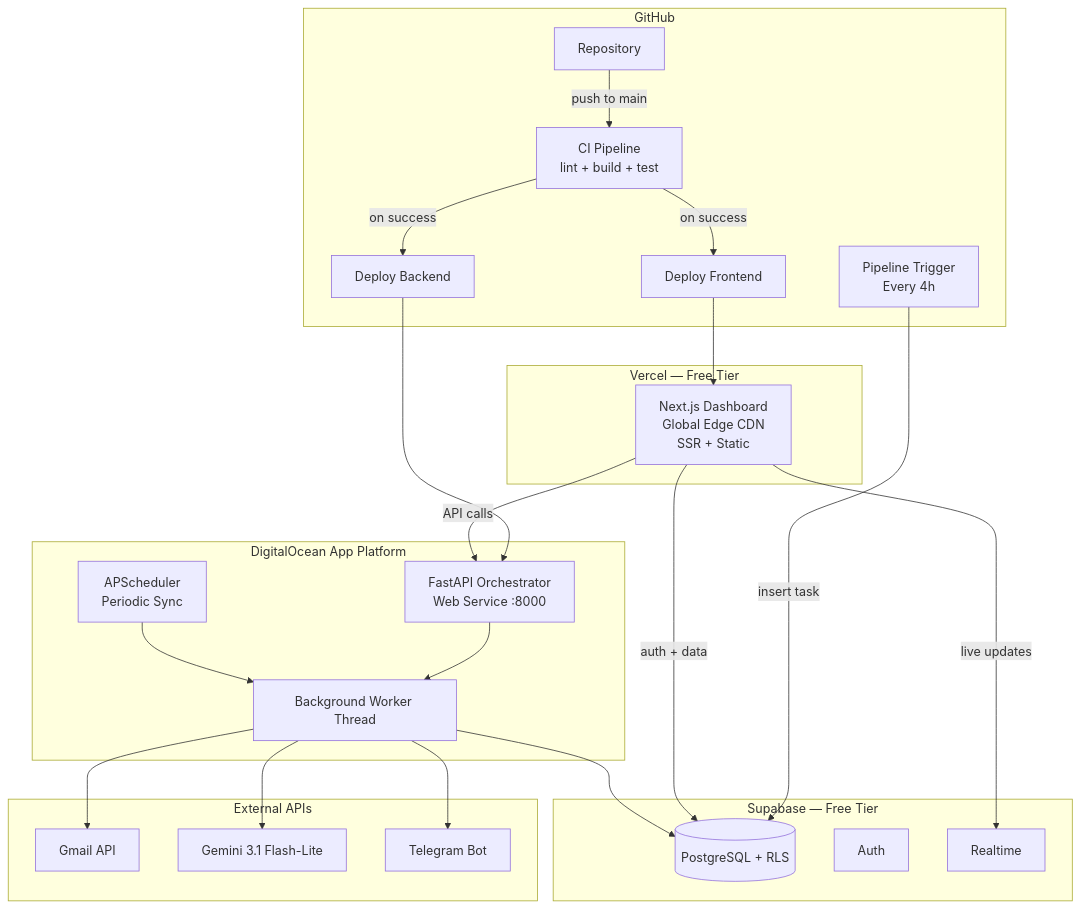
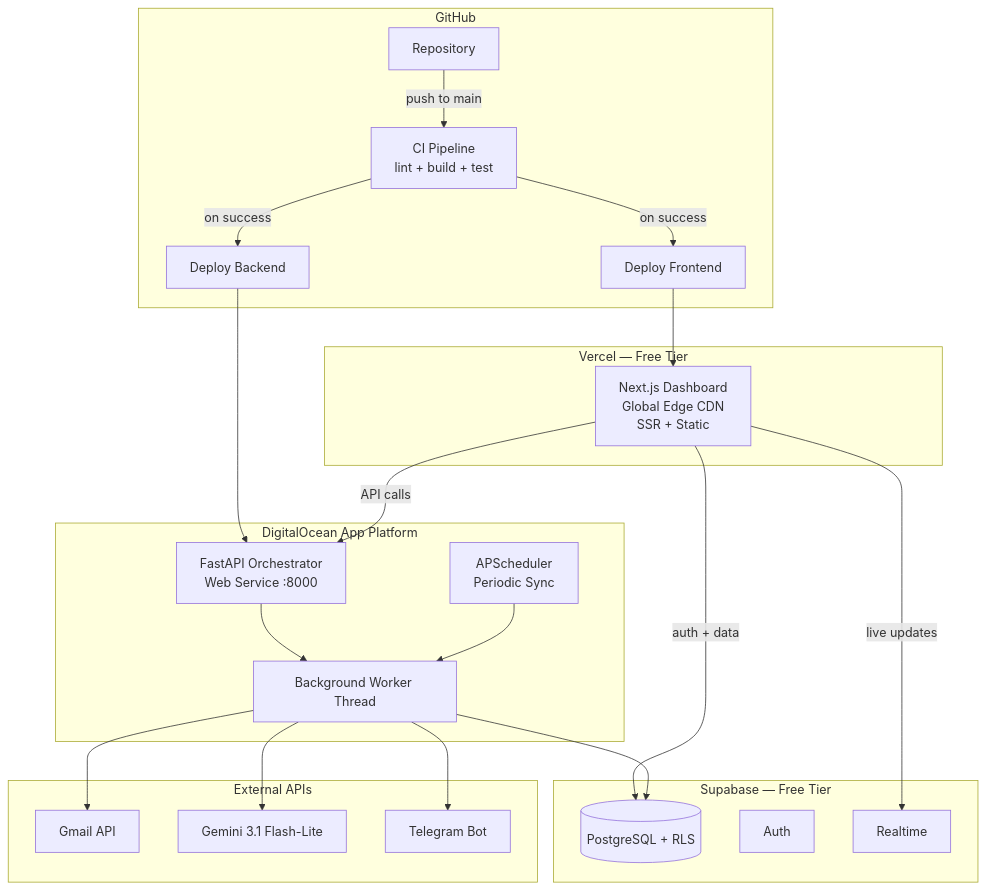
The diagram in README.md (maherahmedraza/BewerbLens), drawn with Mermaid before and after one commit. The commit also changed other lines of this file and 44 other files, not shown here.

Commit message:
Implement secure multi-user sync flows

````diff
--- a/README.md
+++ b/README.md
@@ -26,50 +26,48 @@
 ```mermaid
 graph TB
     subgraph "GitHub"
         GH[Repository]
         CI[CI Pipeline<br/>lint + build + test]
         DF[Deploy Frontend]
         DB_DEPLOY[Deploy Backend]
-        CRON[Pipeline Trigger<br/>Every 4h]
     end
 
     subgraph "Vercel — Free Tier"
         DASH[Next.js Dashboard<br/>Global Edge CDN<br/>SSR + Static]
     end
 
     subgraph "DigitalOcean App Platform"
         ORCH[FastAPI Orchestrator<br/>Web Service :8000]
         WORKER[Background Worker Thread]
         SCHED[APScheduler<br/>Periodic Sync]
     end
 
     subgraph "Supabase — Free Tier"
         SUPDB[(PostgreSQL + RLS)]
         AUTH[Auth]
         RT[Realtime]
     end
 
     subgraph "External APIs"
         GMAIL[Gmail API]
         GEMINI[Gemini 3.1 Flash-Lite]
         TG[Telegram Bot]
     end
 
     GH -->|push to main| CI
     CI -->|on success| DF
     CI -->|on success| DB_DEPLOY
     DF --> DASH
     DB_DEPLOY --> ORCH
-    CRON -->|insert task| SUPDB
 
     DASH -->|API calls| ORCH
     DASH -->|auth + data| SUPDB
     DASH -->|live updates| RT
 
     ORCH --> WORKER
     SCHED --> WORKER
     WORKER --> GMAIL
     WORKER --> GEMINI
     WORKER --> SUPDB
     WORKER --> TG
 ```
````
